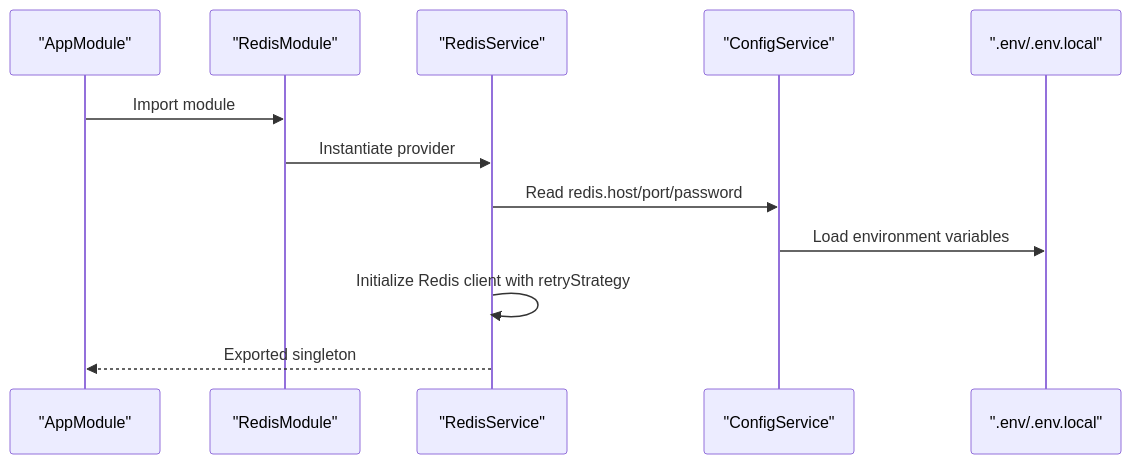
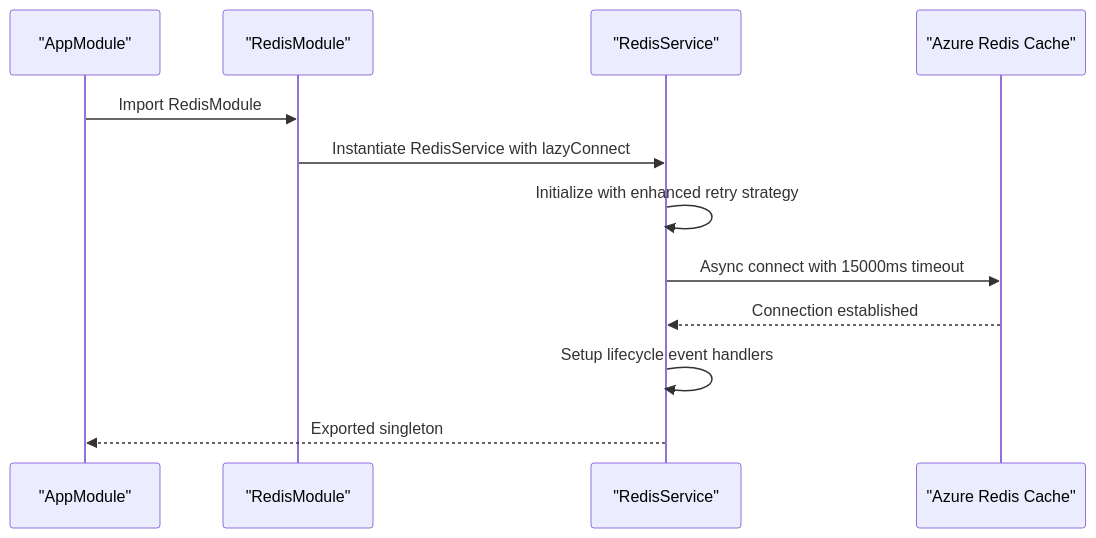
One commit to Avi-Bendetsky/Quiz-to-build changed the second of 6 diagrams in .qoder/repowiki/en/content/Shared Libraries/Redis Library.md. Above: the diagram before and after it, drawn with Mermaid. The commit also changed other lines of this file and 41 other files, not shown here.

````diff
--- a/.qoder/repowiki/en/content/Shared Libraries/Redis Library.md
+++ b/.qoder/repowiki/en/content/Shared Libraries/Redis Library.md
@@ -94,14 +102,14 @@
 ```mermaid
 sequenceDiagram
 participant App as "AppModule"
 participant RedisMod as "RedisModule"
 participant RedisSvc as "RedisService"
-participant Cfg as "ConfigService"
-participant Env as ".env/.env.local"
-App->>RedisMod : Import module
-RedisMod->>RedisSvc : Instantiate provider
-RedisSvc->>Cfg : Read redis.host/port/password
-Cfg->>Env : Load environment variables
-RedisSvc->>RedisSvc : Initialize Redis client with retryStrategy
+participant Azure as "Azure Redis Cache"
+App->>RedisMod : Import RedisModule
+RedisMod->>RedisSvc : Instantiate RedisService with lazyConnect
+RedisSvc->>RedisSvc : Initialize with enhanced retry strategy
+RedisSvc->>Azure : Async connect with 15000ms timeout
+Azure-->>RedisSvc : Connection established
+RedisSvc->>RedisSvc : Setup lifecycle event handlers
 RedisSvc-->>App : Exported singleton
 ```
````
